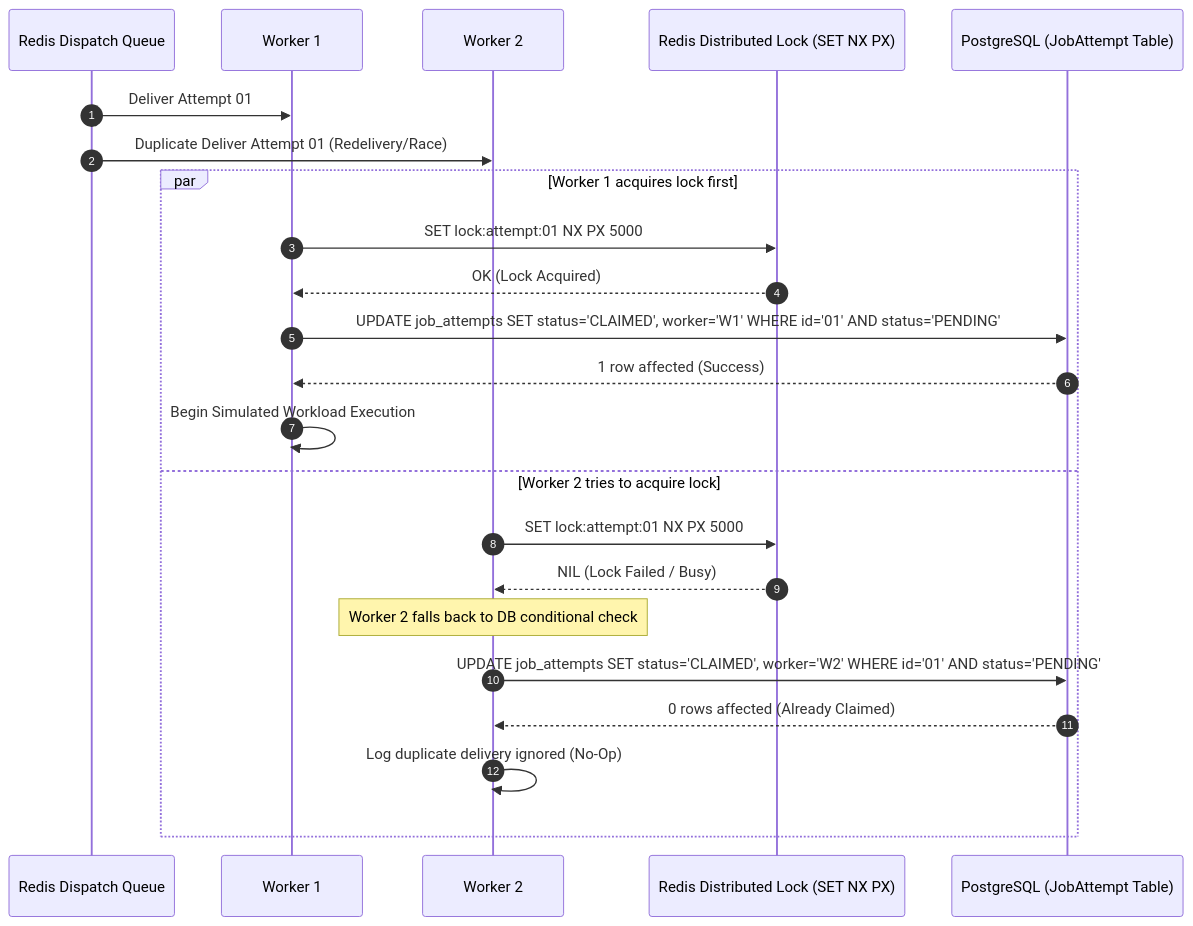
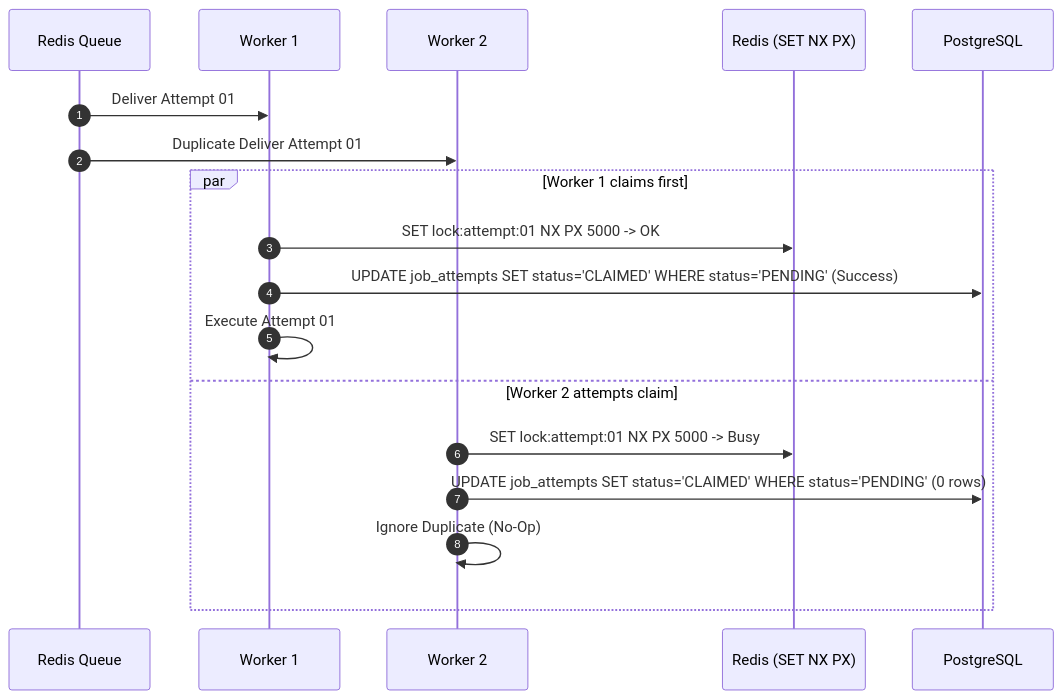
Before and after one commit to taneesh-kumar/Eco-Route: the fourth of 5 diagrams in docs/architecture/reliability-architecture.md, drawn with Mermaid. The commit also changed other lines of this file and 6 other files, not shown here.

````diff
--- a/docs/architecture/reliability-architecture.md
+++ b/docs/architecture/reliability-architecture.md
@@ -141,27 +123,22 @@
 ```mermaid
 sequenceDiagram
     autonumber
-    participant Q as Redis Dispatch Queue
+    participant Q as Redis Queue
     participant W1 as Worker 1
     participant W2 as Worker 2
-    participant RedisLock as Redis Distributed Lock (SET NX PX)
-    participant DB as PostgreSQL (JobAttempt Table)
+    participant RedisLock as Redis (SET NX PX)
+    participant DB as PostgreSQL
 
     Q->>W1: Deliver Attempt 01
-    Q->>W2: Duplicate Deliver Attempt 01 (Redelivery/Race)
+    Q->>W2: Duplicate Deliver Attempt 01
     
-    par Worker 1 acquires lock first
-        W1->>RedisLock: SET lock:attempt:01 NX PX 5000
-        RedisLock-->>W1: OK (Lock Acquired)
-        W1->>DB: UPDATE job_attempts SET status='CLAIMED', worker='W1' WHERE id='01' AND status='PENDING'
-        DB-->>W1: 1 row affected (Success)
-        W1->>W1: Begin Simulated Workload Execution
-    and Worker 2 tries to acquire lock
-        W2->>RedisLock: SET lock:attempt:01 NX PX 5000
-        RedisLock-->>W2: NIL (Lock Failed / Busy)
-        Note over W2: Worker 2 falls back to DB conditional check
-        W2->>DB: UPDATE job_attempts SET status='CLAIMED', worker='W2' WHERE id='01' AND status='PENDING'
-        DB-->>W2: 0 rows affected (Already Claimed)
-        W2->>W2: Log duplicate delivery ignored (No-Op)
+    par Worker 1 claims first
+        W1->>RedisLock: SET lock:attempt:01 NX PX 5000 -> OK
+        W1->>DB: UPDATE job_attempts SET status='CLAIMED' WHERE status='PENDING' (Success)
+        W1->>W1: Execute Attempt 01
+    and Worker 2 attempts claim
+        W2->>RedisLock: SET lock:attempt:01 NX PX 5000 -> Busy
+        W2->>DB: UPDATE job_attempts SET status='CLAIMED' WHERE status='PENDING' (0 rows)
+        W2->>W2: Ignore Duplicate (No-Op)
     end
 ```
````
